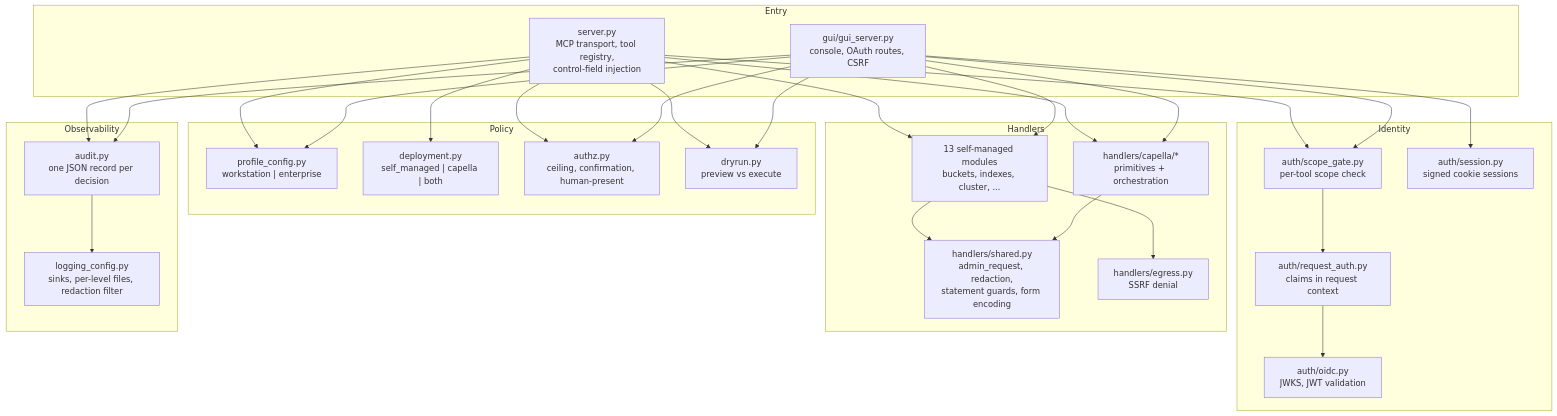
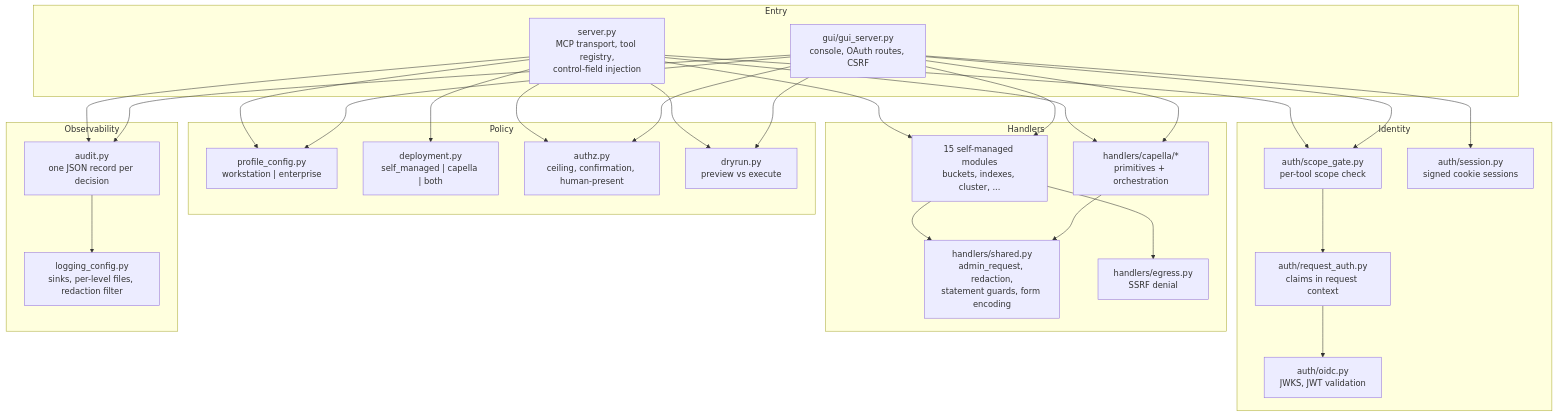
The second of 6 diagrams in docs/ARCHITECTURE.md (Couchbase-Ecosystem/couchbase_admin_mcp_server), drawn with Mermaid before and after one commit. The commit also changed other lines of this file and 29 other files, not shown here.

````diff
--- a/docs/ARCHITECTURE.md
+++ b/docs/ARCHITECTURE.md
@@ -114,43 +118,43 @@
 ```mermaid
 graph TD
   subgraph Entry
     S["server.py<br/>MCP transport, tool registry,<br/>control-field injection"]
     G["gui/gui_server.py<br/>console, OAuth routes, CSRF"]
   end
 
   subgraph Policy
     PC["profile_config.py<br/>workstation | enterprise"]
     DP["deployment.py<br/>self_managed | capella | both"]
     AZ["authz.py<br/>ceiling, confirmation, human-present"]
     DR["dryrun.py<br/>preview vs execute"]
   end
 
   subgraph Identity
     OI["auth/oidc.py<br/>JWKS, JWT validation"]
     RA["auth/request_auth.py<br/>claims in request context"]
     SG["auth/scope_gate.py<br/>per-tool scope check"]
     SE["auth/session.py<br/>signed cookie sessions"]
   end
 
   subgraph Handlers
     SH["handlers/shared.py<br/>admin_request, redaction,<br/>statement guards, form encoding"]
     EG["handlers/egress.py<br/>SSRF denial"]
-    SM["13 self-managed modules<br/>buckets, indexes, cluster, ..."]
+    SM["15 self-managed modules<br/>buckets, indexes, cluster, ..."]
     CP["handlers/capella/*<br/>primitives + orchestration"]
   end
 
   subgraph Observability
     AU["audit.py<br/>one JSON record per decision"]
     LC["logging_config.py<br/>sinks, per-level files, redaction filter"]
   end
 
   S --> PC & DP & AZ & DR & SG
   G --> PC & AZ & DR & SE & SG
   SG --> RA --> OI
   S --> SM & CP
   G --> SM & CP
   SM --> SH & EG
   CP --> SH
   S --> AU --> LC
   G --> AU
 ```
````
